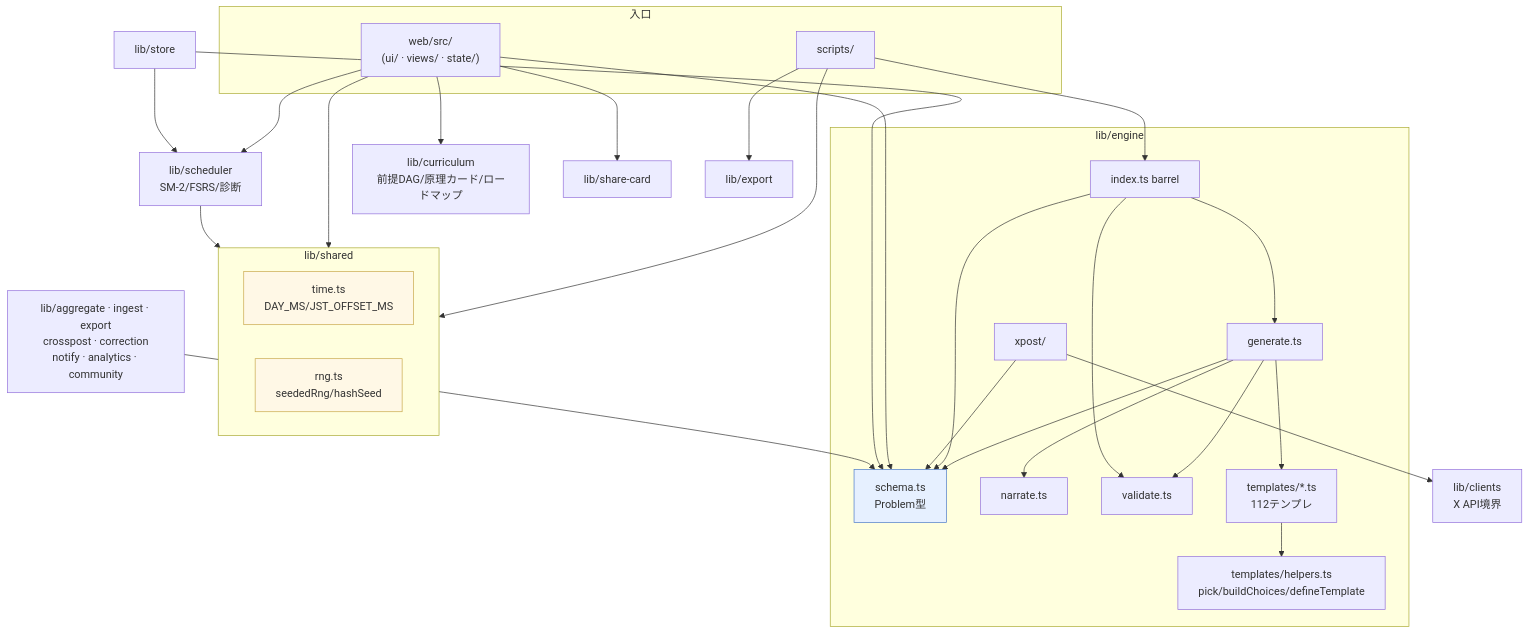
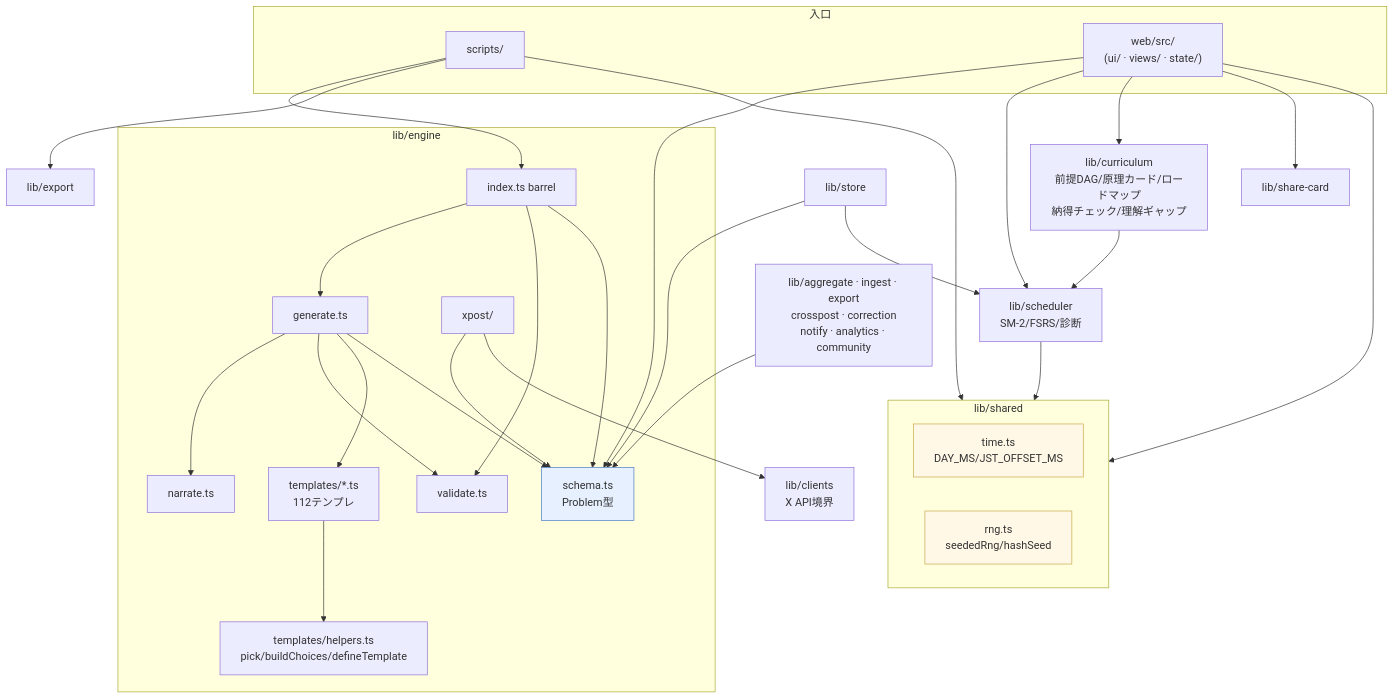
Before and after one commit to thinkyou0714/DNKN-OS: the first of 2 diagrams in docs/architecture.md, drawn with Mermaid. The commit also changed other lines of this file and 20 other files, not shown here.

````diff
--- a/docs/architecture.md
+++ b/docs/architecture.md
@@ -65,61 +66,62 @@
 ```mermaid
 graph TD
     subgraph entry["入口"]
         scripts[scripts/]
         web["web/src/<br/>(ui/ · views/ · state/)"]
     end
 
     subgraph shared["lib/shared"]
         time[time.ts<br/>DAY_MS/JST_OFFSET_MS]
         rng[rng.ts<br/>seededRng/hashSeed]
     end
 
     subgraph engine["lib/engine"]
         schema[schema.ts<br/>Problem型]
         generate[generate.ts]
         narrate[narrate.ts]
         validate[validate.ts]
         helpers["templates/helpers.ts<br/>pick/buildChoices/defineTemplate"]
         templates[templates/*.ts<br/>112テンプレ]
         xpost[xpost/]
         barrel[index.ts barrel]
     end
 
     clients[lib/clients<br/>X API境界]
     scheduler[lib/scheduler<br/>SM-2/FSRS/診断]
-    curriculum[lib/curriculum<br/>前提DAG/原理カード/ロードマップ]
+    curriculum[lib/curriculum<br/>前提DAG/原理カード/ロードマップ<br/>納得チェック/理解ギャップ]
     store[lib/store]
     sharecard[lib/share-card]
     others[lib/aggregate · ingest · export<br/>crosspost · correction<br/>notify · analytics · community]
 
     generate --> narrate
     generate --> validate
     generate --> templates
     generate --> schema
     templates --> helpers
     barrel --> generate
     barrel --> validate
     barrel --> schema
     xpost --> schema
     xpost --> clients
 
     scripts --> barrel
     scripts --> shared
     scripts --> export2[lib/export]
 
     web --> schema
     web --> scheduler
     web --> curriculum
+    curriculum --> scheduler
     web --> sharecard
     web --> shared
 
     store --> schema
     store --> scheduler
     others --> schema
     scheduler --> shared
 
     classDef core fill:#e6f0ff,stroke:#4a78c8;
     classDef sharedStyle fill:#fff8e6,stroke:#c8a84a;
     class schema core;
     class time,rng sharedStyle;
 ```
````
